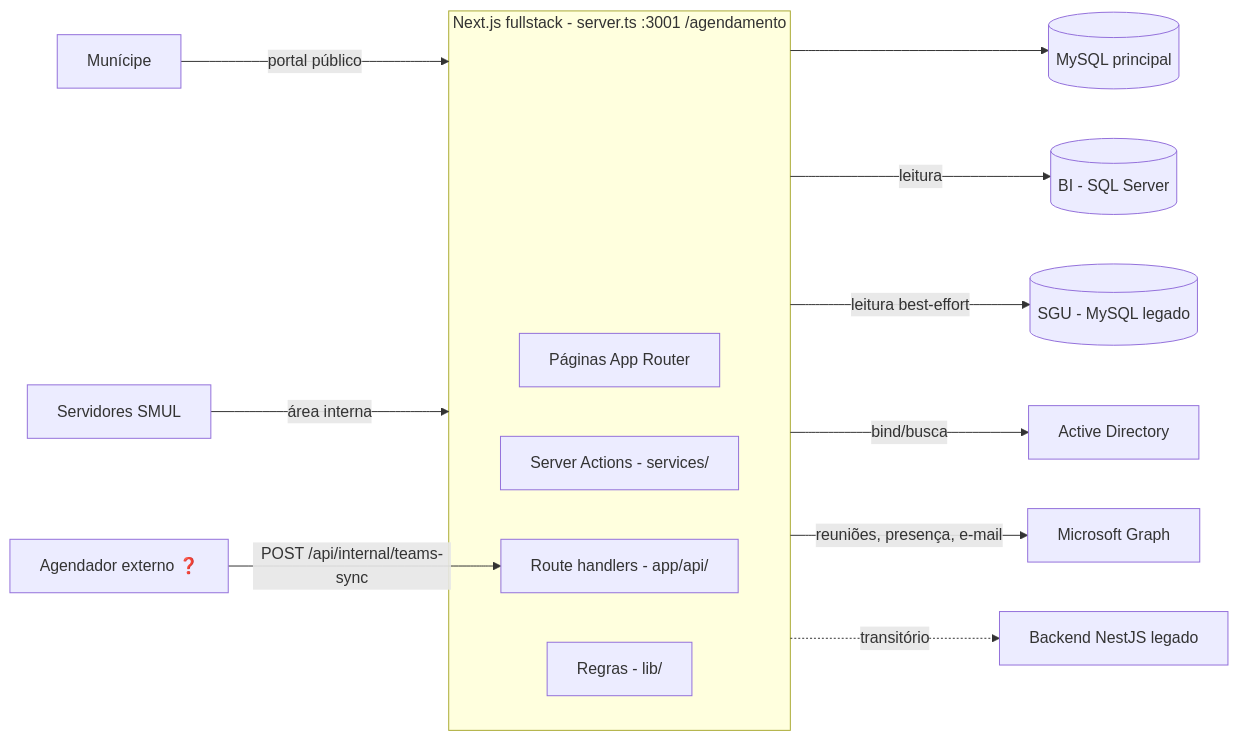
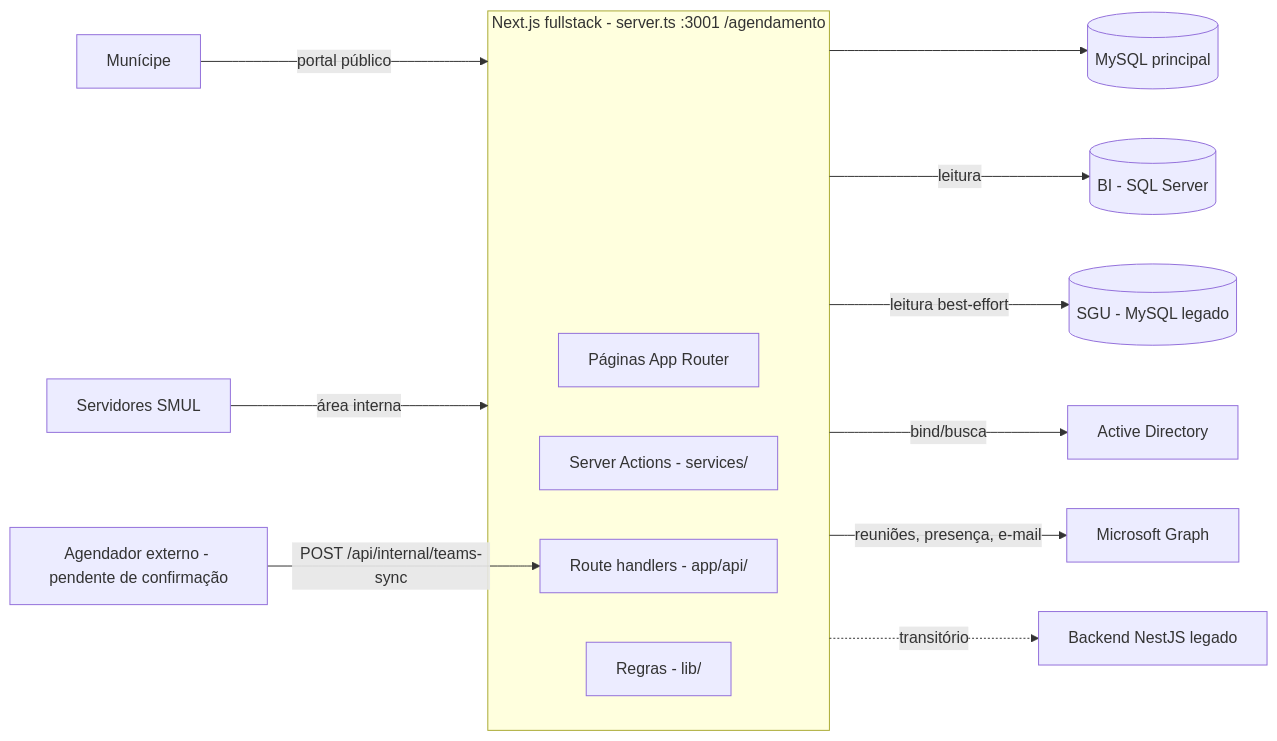
Before and after one commit to smdu-sp/agendamento-fullstack: the diagram in docs/tecnica/01-visao-geral-e-arquitetura.md, drawn with Mermaid. The commit also changed other lines of this file and 31 other files, not shown here.

````diff
--- a/docs/tecnica/01-visao-geral-e-arquitetura.md
+++ b/docs/tecnica/01-visao-geral-e-arquitetura.md
@@ -30,18 +30,18 @@
 ```mermaid
 flowchart LR
   M[Munícipe] -->|portal público| APP
   S[Servidores SMUL] -->|área interna| APP
   subgraph APP[Next.js fullstack - server.ts :3001 /agendamento]
     UI[Páginas App Router]
     SA[Server Actions - services/]
     RH[Route handlers - app/api/]
     LIB[Regras - lib/]
   end
   APP --> DB[(MySQL principal)]
   APP -->|leitura| BI[(BI - SQL Server)]
   APP -->|leitura best-effort| SGU[(SGU - MySQL legado)]
   APP -->|bind/busca| LDAP[Active Directory]
   APP -->|reuniões, presença, e-mail| GRAPH[Microsoft Graph]
-  CRON[Agendador externo ❓] -->|POST /api/internal/teams-sync| RH
+  CRON[Agendador externo - pendente de confirmação] -->|POST /api/internal/teams-sync| RH
   APP -.->|transitório| NEST[Backend NestJS legado]
 ```
````
